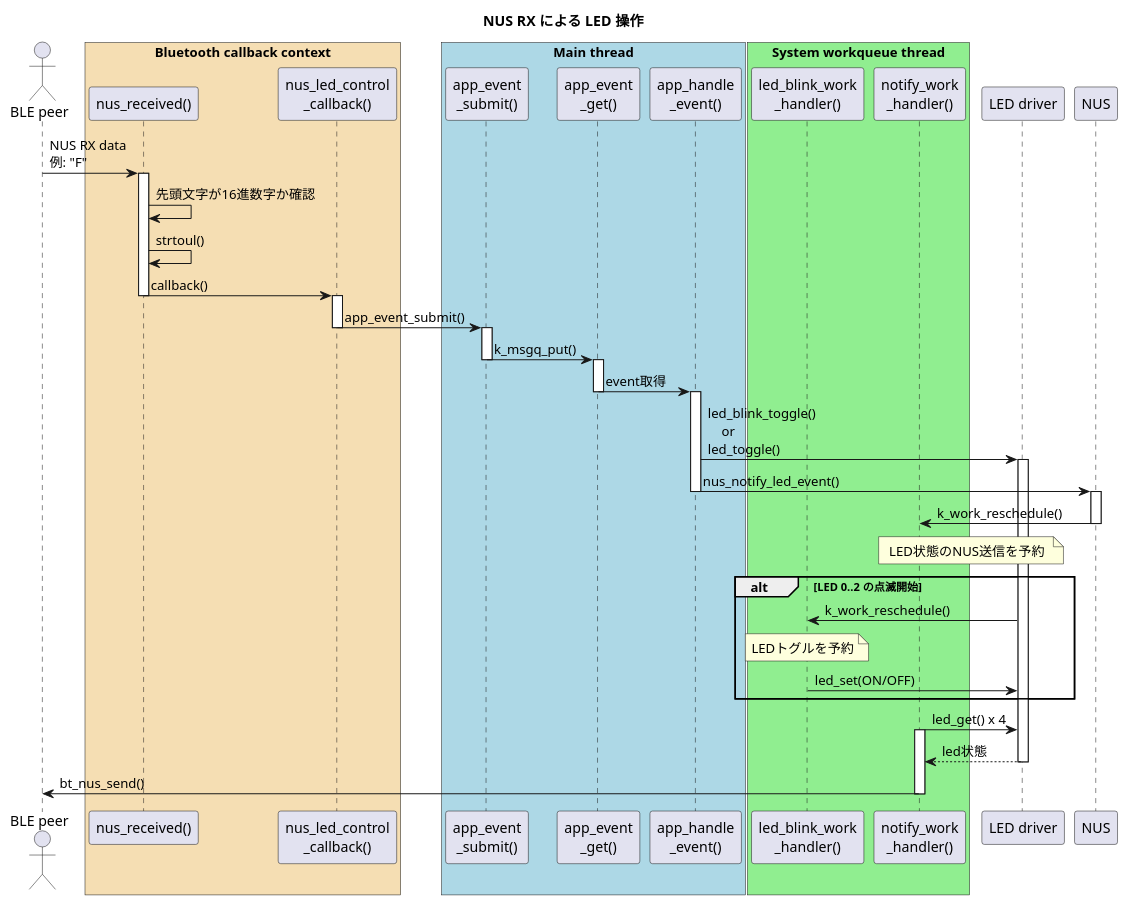
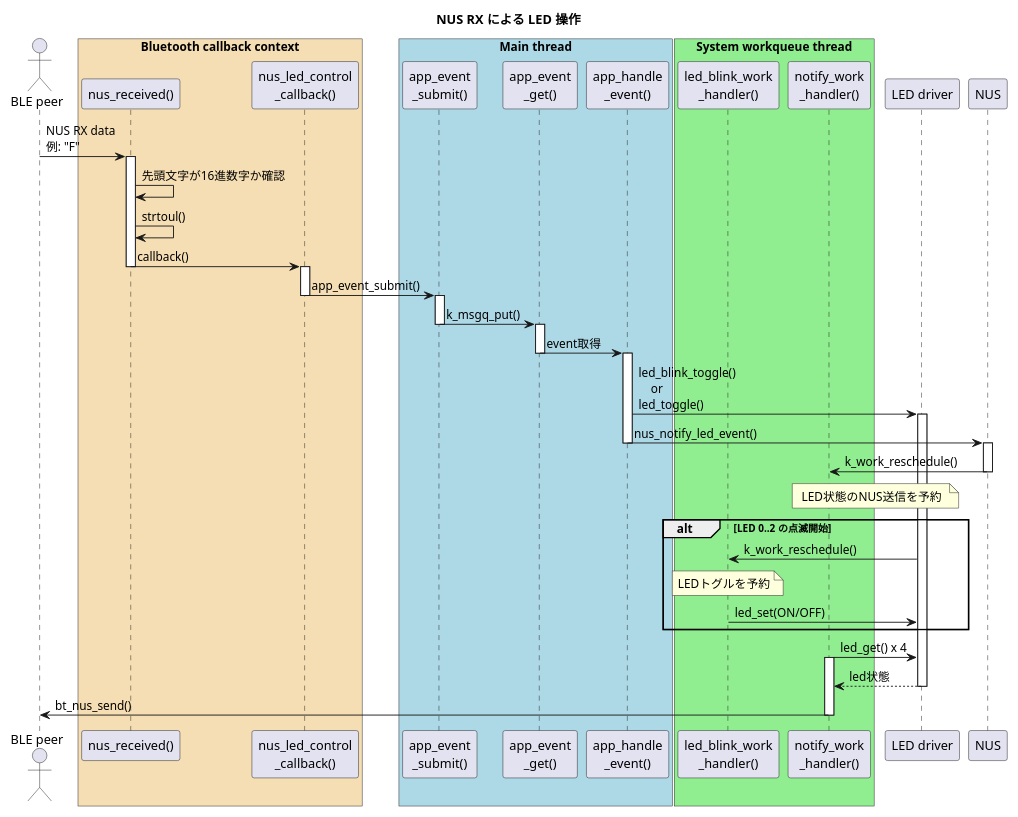
One commit to hayaya8810/nRF52_tutolial changed the fourth of 6 diagrams in documents/specification.md. Above: the diagram before and after it, drawn with PlantUML. The commit also changed other lines of this file and 5 other files, not shown here.

````diff
--- a/documents/specification.md
+++ b/documents/specification.md
@@ -399,68 +401,69 @@
 ```plantuml
 @startuml
+scale 0.9
 title NUS RX による LED 操作
 
 actor "BLE peer" as Peer
 
 box "Bluetooth callback context" #Wheat
 participant "nus_received()" as Rx
 participant "nus_led_control\n_callback()" as Cb
 end box
 
 box "Main thread" #LightBlue
 participant "app_event\n_submit()" as Submit
 participant "app_event\n_get()" as Get
 participant "app_handle\n_event()" as App
 end box
 
 box "System workqueue thread" #LightGreen
 participant "led_blink_work\n_handler()" as Blink
 participant "notify_work\n_handler()" as Notify
 end box
 
 participant "LED driver" as Led
 participant "NUS" as Nus
 
 Peer -> Rx: NUS RX data\n例: "F"
 activate Rx
 Rx -> Rx: 先頭文字が16進数字か確認
 Rx -> Rx: strtoul()
 Rx -> Cb: callback()
 deactivate Rx
 activate Cb
 Cb -> Submit: app_event_submit()
 deactivate Cb
 activate Submit
 Submit -> Get: k_msgq_put()
 deactivate Submit
 activate Get
 Get -> App: event取得
 deactivate Get
 activate App
 App -> Led: led_blink_toggle()\n    or\nled_toggle()
 activate Led
 App -> Nus: nus_notify_led_event()
 deactivate App
 activate Nus
 Nus -> Notify: k_work_reschedule()
 note over Notify, Led
   LED状態のNUS送信を予約
 end note
 deactivate Nus
 alt LED 0..2 の点滅開始
   Led -> Blink: k_work_reschedule()
   note over Blink
     LEDトグルを予約
   end note
 
   Blink -> Led: led_set(ON/OFF)
 end
 
 Notify -> Led: led_get() x 4
 activate Notify
 Led --> Notify: led状態
 deactivate Led
 Notify -> Peer: bt_nus_send()
 deactivate Notify
 @enduml
 ```
````
